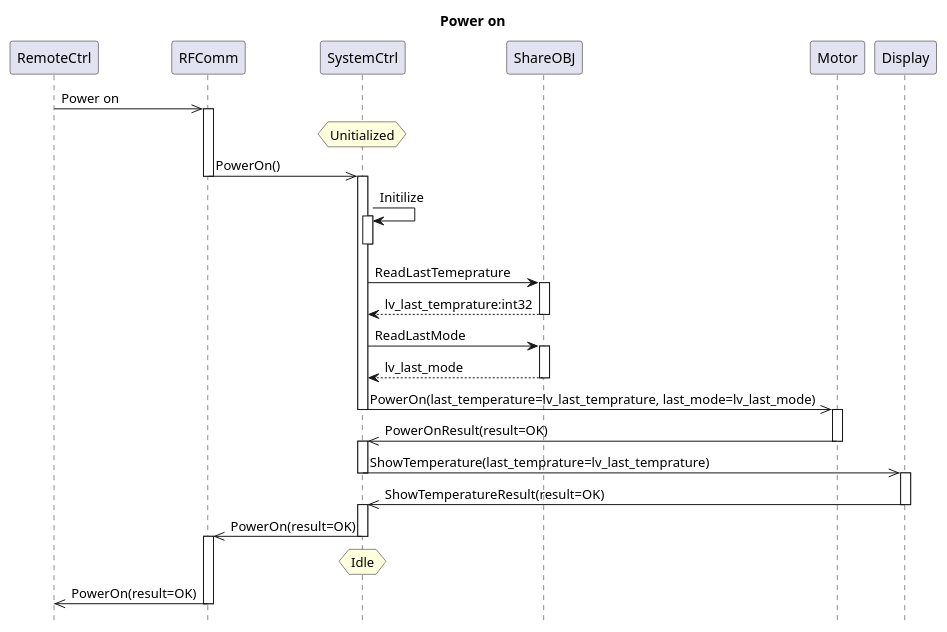
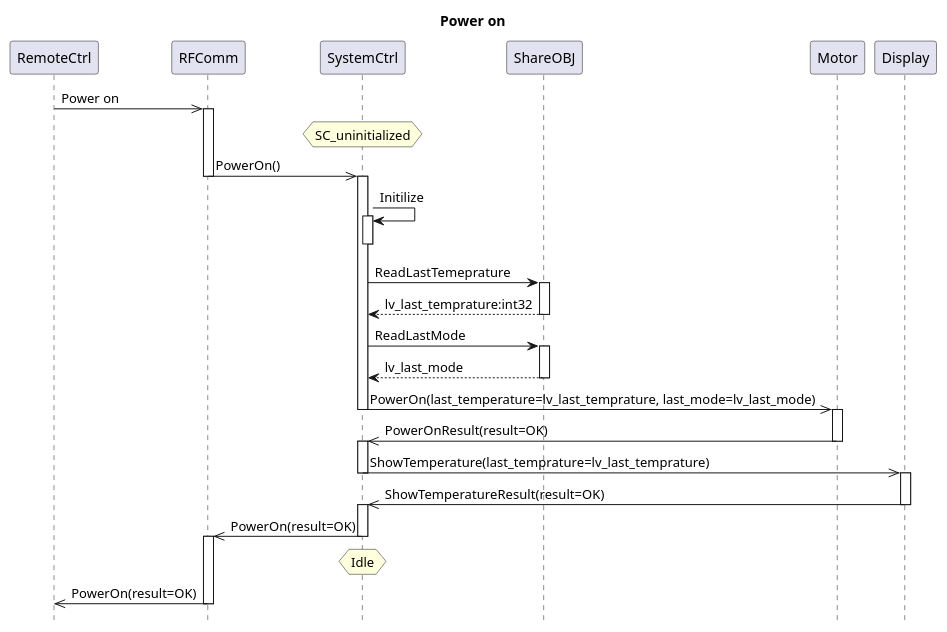
One commit to EvenTang/lywMDDToolChain changed the diagram in SourceCodeGeneration/InputForSTMSourceGen/ArchDesign/PowerOn.wsd. Above: the diagram before and after it, drawn with PlantUML. The commit also changed 8 other files, not shown here.

Commit message:
Read uninitialized state from component diagram and write into statechart

```diff
--- a/SourceCodeGeneration/InputForSTMSourceGen/ArchDesign/PowerOn.wsd
+++ b/SourceCodeGeneration/InputForSTMSourceGen/ArchDesign/PowerOn.wsd
@@ -1,44 +1,44 @@
 @startuml power_on
 title Power on
 
 hide footbox
 
 
 RemoteCtrl->>RFComm : Power on
 activate RFComm
-hnote over SystemCtrl: Unitialized
+hnote over SystemCtrl: SC_uninitialized
 RFComm->>SystemCtrl:PowerOn()
 deactivate RFComm
 activate SystemCtrl
 SystemCtrl->SystemCtrl:Initilize
 activate SystemCtrl
 deactivate SystemCtrl
 SystemCtrl->ShareOBJ:ReadLastTemeprature
 activate ShareOBJ
 ShareOBJ-->SystemCtrl:lv_last_temprature:int32
 deactivate ShareOBJ
 SystemCtrl->ShareOBJ:ReadLastMode
 activate ShareOBJ
 ShareOBJ-->SystemCtrl:lv_last_mode
 deactivate ShareOBJ
 SystemCtrl->>Motor:PowerOn(last_temperature=lv_last_temprature, last_mode=lv_last_mode)
 deactivate SystemCtrl
 activate Motor
 Motor->>SystemCtrl: PowerOnResult(result=OK)
 deactivate Motor
 activate SystemCtrl
 SystemCtrl->>Display:ShowTemperature(last_temprature=lv_last_temprature)
 deactivate SystemCtrl
 activate Display
 Display->>SystemCtrl:ShowTemperatureResult(result=OK)
 deactivate Display
 activate SystemCtrl
 
 SystemCtrl->>RFComm:PowerOn(result=OK)
 deactivate SystemCtrl
 hnote over SystemCtrl: Idle
 activate RFComm
 RFComm->>RemoteCtrl:PowerOn(result=OK)
 deactivate RFComm
 
 @enduml
```
